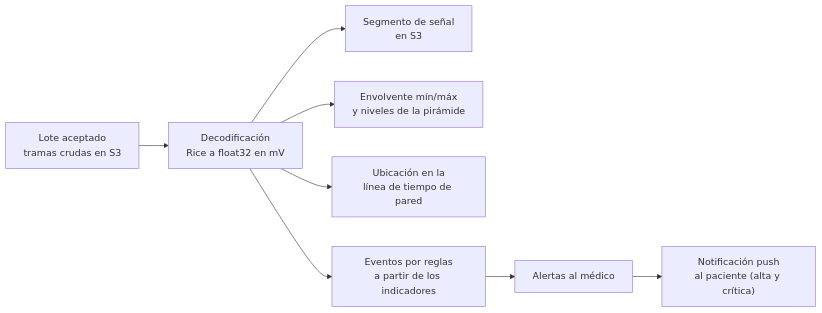
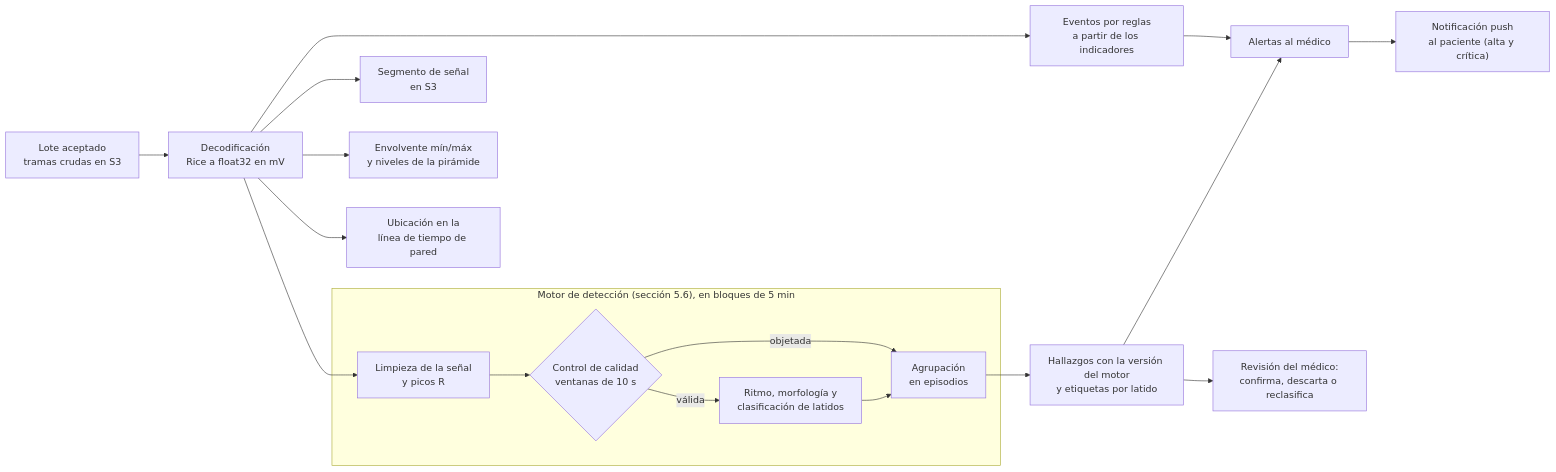
One commit to tesis-ecg/tesis-ecg-mono changed the fourth of 8 diagrams in Entregables/Informe Final.md. Above: the diagram before and after it, drawn with Mermaid. The commit also changed other lines of this file, not shown here.

First line of the commit message:
docs(informe): add the detection engine to the Mermaid diagrams

````diff
--- a/Entregables/Informe Final.md
+++ b/Entregables/Informe Final.md
@@ -511,10 +515,20 @@
 ```mermaid
 flowchart LR
     A["Lote aceptado<br/>tramas crudas en S3"] --> B["Decodificación<br/>Rice a float32 en mV"]
     B --> C["Segmento de señal<br/>en S3"]
     B --> D["Envolvente mín/máx<br/>y niveles de la pirámide"]
     B --> E["Ubicación en la<br/>línea de tiempo de pared"]
     B --> F["Eventos por reglas<br/>a partir de los indicadores"]
     F --> G["Alertas al médico"]
     G --> H["Notificación push<br/>al paciente (alta y crítica)"]
+    B --> M1
+    subgraph ML["Motor de detección (sección 5.6), en bloques de 5 min"]
+        M1["Limpieza de la señal<br/>y picos R"] --> M2{"Control de calidad<br/>ventanas de 10 s"}
+        M2 -- "válida" --> M3["Ritmo, morfología y<br/>clasificación de latidos"]
+        M2 -- "objetada" --> M4["Agrupación<br/>en episodios"]
+        M3 --> M4
+    end
+    M4 --> I["Hallazgos con la versión del motor<br/>y etiquetas por latido"]
+    I --> G
+    I --> J["Revisión del médico:<br/>confirma, descarta o reclasifica"]
 ```
````
